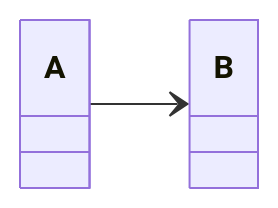
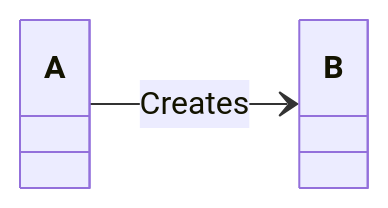
The second of 2 diagrams in doc/oop/classDiagram.md (Ultimate-Duckbill/Study), drawn with Mermaid before and after one commit. The commit also changed other lines of this file, not shown here.

````diff
--- a/doc/oop/classDiagram.md
+++ b/doc/oop/classDiagram.md
@@ -23,5 +59,5 @@
     ```mermaid
     classDiagram
         classDiagram-direction LR
-        A --> B
+        A --> B: Creates
     ```
````
